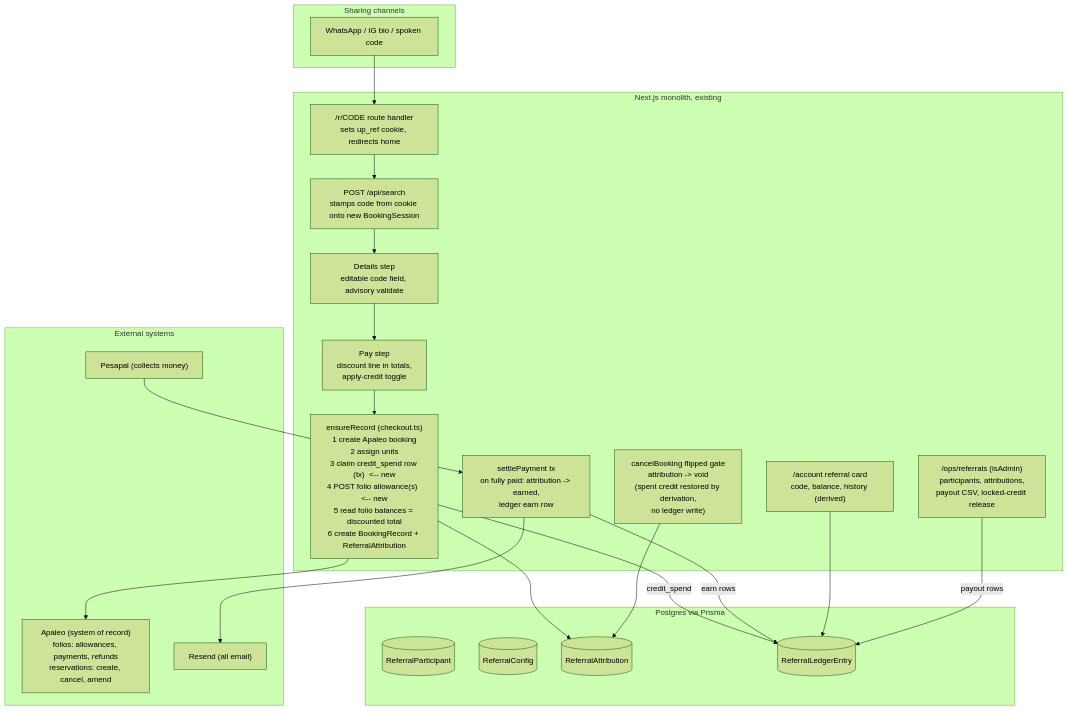
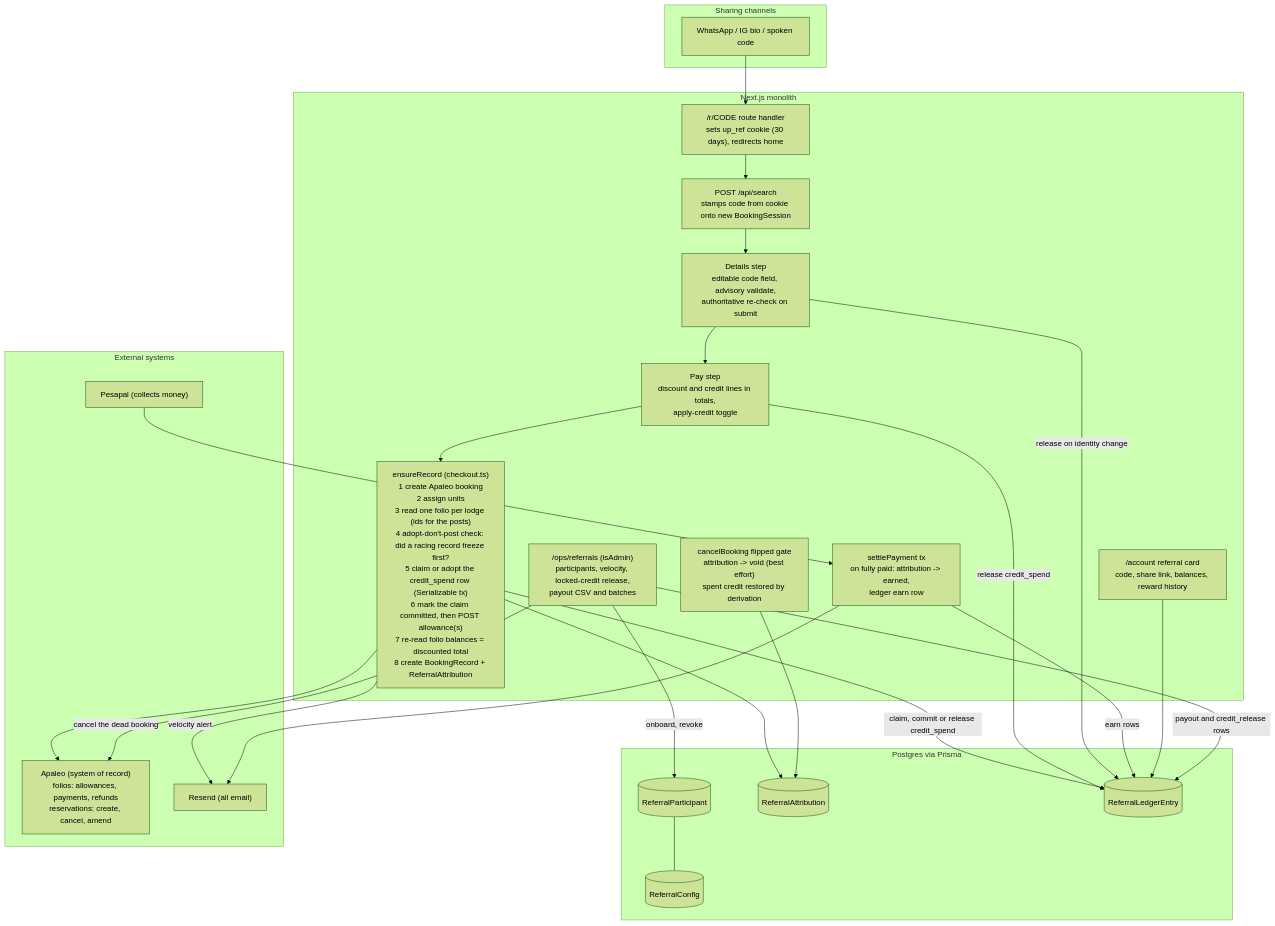
One commit to AllanCheboiwo/unityparks changed the first of 2 diagrams in docs/referral-system-plan.md. Above: the diagram before and after it, drawn with Mermaid (forest theme). The commit also changed other lines of this file, not shown here.

````diff
--- a/docs/referral-system-plan.md
+++ b/docs/referral-system-plan.md
@@ -105,42 +121,48 @@
 ```mermaid
 flowchart TB
     subgraph share [Sharing channels]
         WA[WhatsApp / IG bio / spoken code]
     end
 
-    subgraph storefront [Next.js monolith, existing]
-        R["/r/CODE route handler<br/>sets up_ref cookie, redirects home"]
+    subgraph storefront [Next.js monolith]
+        R["/r/CODE route handler<br/>sets up_ref cookie (30 days), redirects home"]
         SEARCH["POST /api/search<br/>stamps code from cookie onto new BookingSession"]
-        DETAILS["Details step<br/>editable code field, advisory validate"]
-        PAY["Pay step<br/>discount line in totals,<br/>apply-credit toggle"]
-        CHK["ensureRecord (checkout.ts)<br/>1 create Apaleo booking<br/>2 assign units<br/>3 claim credit_spend row (tx)  &lt;-- new<br/>4 POST folio allowance(s)  &lt;-- new<br/>5 read folio balances = discounted total<br/>6 create BookingRecord + ReferralAttribution"]
+        DETAILS["Details step<br/>editable code field, advisory validate,<br/>authoritative re-check on submit"]
+        PAY["Pay step<br/>discount and credit lines in totals,<br/>apply-credit toggle"]
+        CHK["ensureRecord (checkout.ts)<br/>1 create Apaleo booking<br/>2 assign units<br/>3 read one folio per lodge (ids for the posts)<br/>4 adopt-don't-post check: did a racing record freeze first?<br/>5 claim or adopt the credit_spend row (Serializable tx)<br/>6 mark the claim committed, then POST allowance(s)<br/>7 re-read folio balances = discounted total<br/>8 create BookingRecord + ReferralAttribution"]
         SETTLE["settlePayment tx<br/>on fully paid: attribution -> earned,<br/>ledger earn row"]
-        CANCEL["cancelBooking flipped gate<br/>attribution -> void<br/>(spent credit restored by derivation,<br/>no ledger write)"]
-        ACCT["/account referral card<br/>code, balance, history (derived)"]
-        OPS["/ops/referrals (isAdmin)<br/>participants, attributions,<br/>payout CSV, locked-credit release"]
+        CANCEL["cancelBooking flipped gate<br/>attribution -> void (best effort)<br/>spent credit restored by derivation"]
+        ACCT["/account referral card<br/>code, share link, balances, reward history"]
+        OPS["/ops/referrals (isAdmin)<br/>participants, velocity, locked-credit release,<br/>payout CSV and batches"]
     end
 
     subgraph db [Postgres via Prisma]
         P[(ReferralParticipant)]
         C[(ReferralConfig)]
         A[(ReferralAttribution)]
         L[(ReferralLedgerEntry)]
     end
 
     subgraph external [External systems]
         APALEO["Apaleo (system of record)<br/>folios: allowances, payments, refunds<br/>reservations: create, cancel, amend"]
         PESAPAL["Pesapal (collects money)"]
         RESEND["Resend (all email)"]
     end
 
     WA --> R --> SEARCH --> DETAILS --> PAY --> CHK
     CHK --> APALEO
     CHK --> A
-    CHK -- credit_spend --> L
+    CHK -- claim, commit or release credit_spend --> L
+    CHK -- velocity alert --> RESEND
+    PAY -- release credit_spend --> L
+    DETAILS -- release on identity change --> L
     PESAPAL --> SETTLE
     SETTLE -- earn rows --> L
+    SETTLE --> RESEND
     CANCEL --> A
-    SETTLE --> RESEND
     ACCT --> L
-    OPS -- payout rows --> L
+    OPS -- payout and credit_release rows --> L
+    OPS -- onboard, revoke --> P
+    OPS -- cancel the dead booking --> APALEO
+    P --- C
 ```
````
